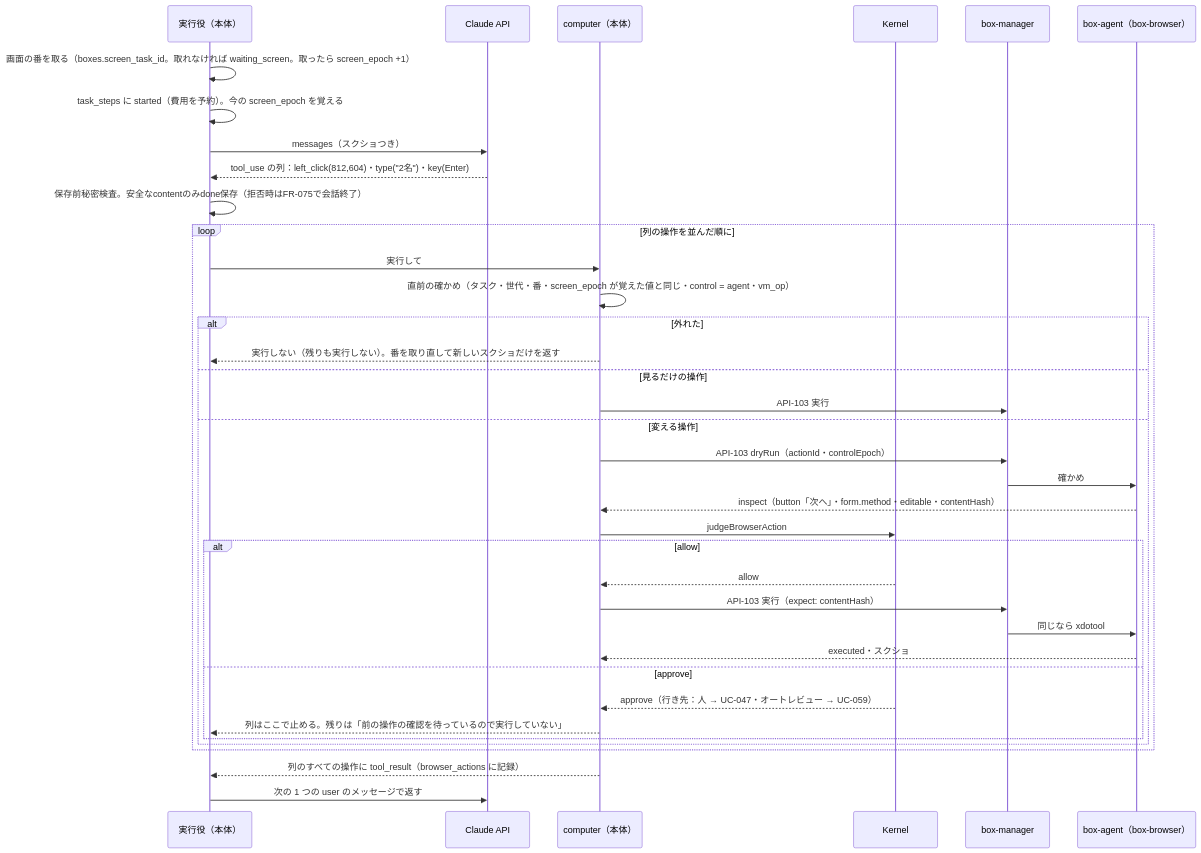
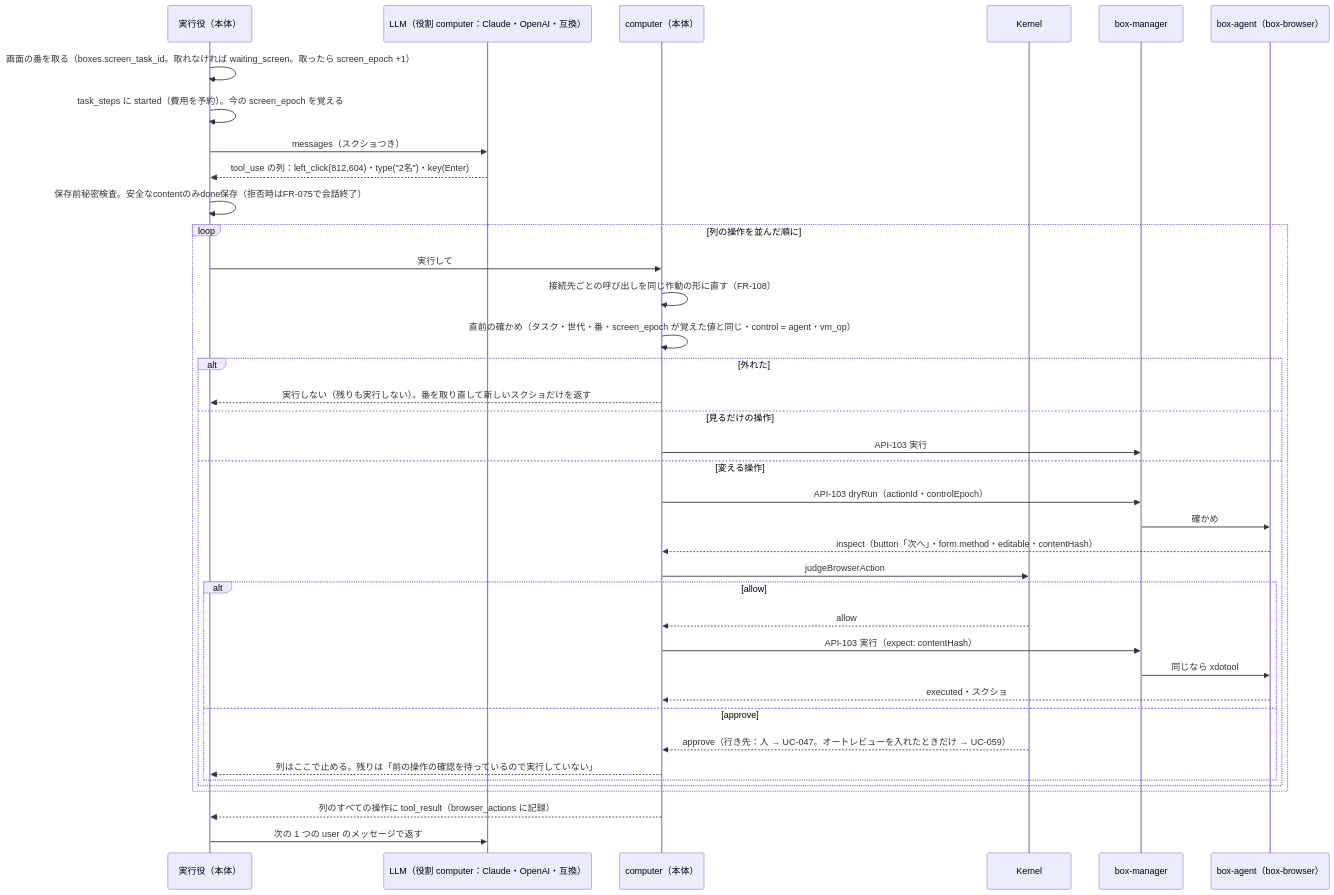
The eighth of 17 diagrams in docs/design/10_diagrams/sequences.md (itiwoja/agent-team), drawn with Mermaid before and after one commit. The commit also changed other lines of this file and 39 other files, not shown here.

````diff
--- a/docs/design/10_diagrams/sequences.md
+++ b/docs/design/10_diagrams/sequences.md
@@ -172,39 +177,40 @@
 ```mermaid
 sequenceDiagram
  participant R as 実行役（本体）
- participant C as Claude API
+ participant C as LLM（役割 computer：Claude・OpenAI・互換）
  participant CU as computer（本体）
  participant K as Kernel
  participant BM as box-manager
  participant B as box-agent（box-browser）
  R->>R: 画面の番を取る（boxes.screen_task_id。取れなければ waiting_screen。取ったら screen_epoch +1）
  R->>R: task_steps に started（費用を予約）。今の screen_epoch を覚える
  R->>C: messages（スクショつき）
  C-->>R: tool_use の列：left_click(812,604)・type("2名")・key(Enter)
   R->>R: 保存前秘密検査。安全なcontentのみdone保存（拒否時はFR-075で会話終了）
  loop 列の操作を並んだ順に
   R->>CU: 実行して
+  CU->>CU: 接続先ごとの呼び出しを同じ作動の形に直す（FR-108）
   CU->>CU: 直前の確かめ（タスク・世代・番・screen_epoch が覚えた値と同じ・control = agent・vm_op）
   alt 外れた
    CU-->>R: 実行しない（残りも実行しない）。番を取り直して新しいスクショだけを返す
   else 見るだけの操作
    CU->>BM: API-103 実行
   else 変える操作
    CU->>BM: API-103 dryRun（actionId・controlEpoch）
    BM->>B: 確かめ
    B-->>CU: inspect（button「次へ」・form.method・editable・contentHash）
    CU->>K: judgeBrowserAction
    alt allow
     K-->>CU: allow
     CU->>BM: API-103 実行（expect: contentHash）
     BM->>B: 同じなら xdotool
     B-->>CU: executed・スクショ
    else approve
-    K-->>CU: approve（行き先：人 → UC-047・オートレビュー → UC-059）
+    K-->>CU: approve（行き先：人 → UC-047。オートレビューを入れたときだけ → UC-059）
     CU-->>R: 列はここで止める。残りは「前の操作の確認を待っているので実行していない」
    end
   end
  end
  CU-->>R: 列のすべての操作に tool_result（browser_actions に記録）
  R->>C: 次の 1 つの user のメッセージで返す
 ```
````
